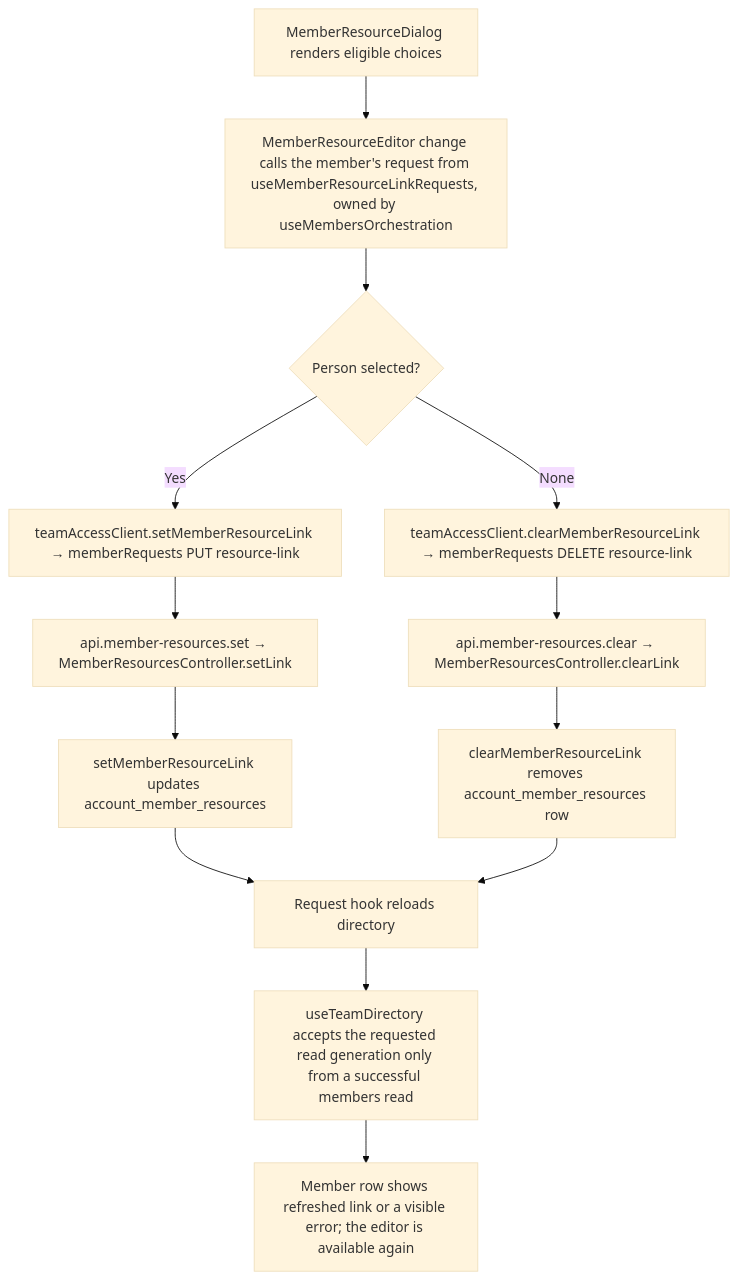
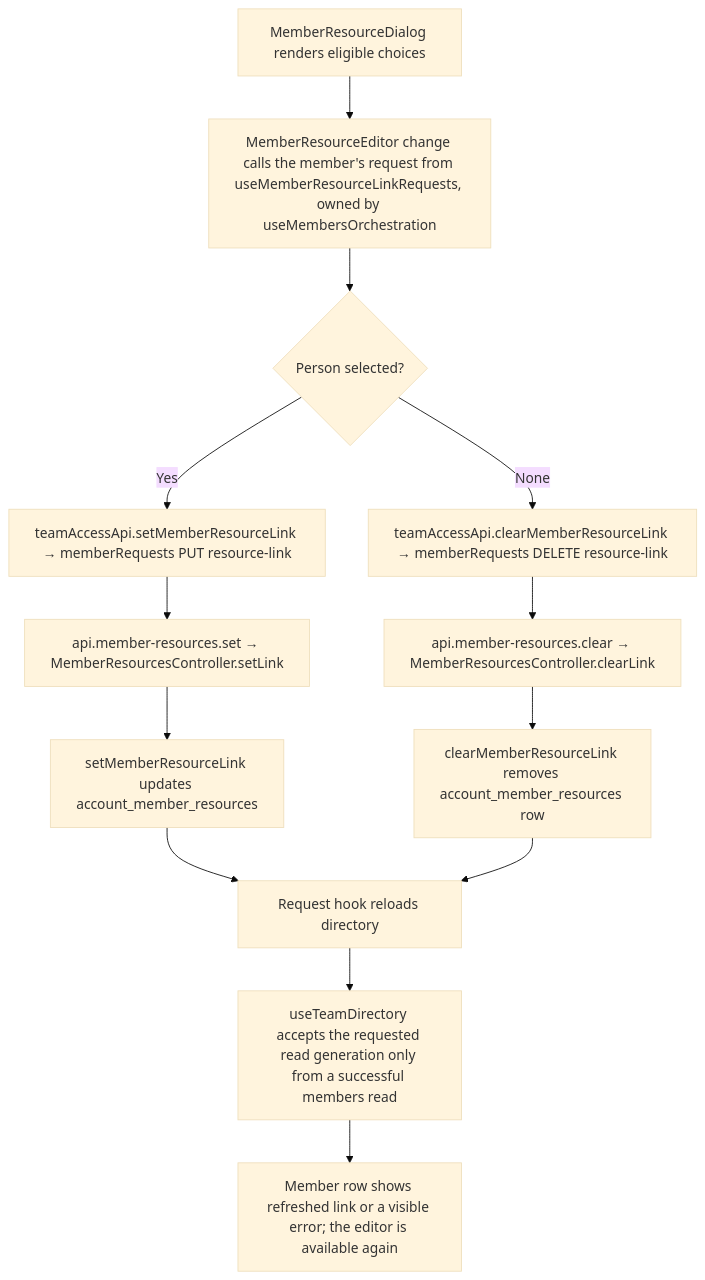
The second of 2 diagrams in user-stories/team/US-TEAM-07-link-resource.md (Kevinjohn/capacitylens), drawn with Mermaid (base theme) before and after one commit. The commit also changed other lines of this file and 79 other files, not shown here.

First line of the commit message:
Client to Api: rename the typed HTTP modules

````diff
--- a/user-stories/team/US-TEAM-07-link-resource.md
+++ b/user-stories/team/US-TEAM-07-link-resource.md
@@ -35,15 +35,15 @@
 ```mermaid
 flowchart TD
     Dialog["MemberResourceDialog renders eligible choices"] --> Select["MemberResourceEditor change calls the member's request from useMemberResourceLinkRequests, owned by useMembersOrchestration"]
     Select --> Choose{"Person selected?"}
-    Choose -->|"Yes"| SetClient["teamAccessClient.setMemberResourceLink → memberRequests PUT resource-link"]
+    Choose -->|"Yes"| SetClient["teamAccessApi.setMemberResourceLink → memberRequests PUT resource-link"]
     SetClient --> SetRoute["api.member-resources.set → MemberResourcesController.setLink"]
     SetRoute --> SetLink["setMemberResourceLink updates account_member_resources"]
-    Choose -->|"None"| ClearClient["teamAccessClient.clearMemberResourceLink → memberRequests DELETE resource-link"]
+    Choose -->|"None"| ClearClient["teamAccessApi.clearMemberResourceLink → memberRequests DELETE resource-link"]
     ClearClient --> ClearRoute["api.member-resources.clear → MemberResourcesController.clearLink"]
     ClearRoute --> ClearLink["clearMemberResourceLink removes account_member_resources row"]
     SetLink --> Reload["Request hook reloads directory"]
     ClearLink --> Reload
     Reload --> Fence["useTeamDirectory accepts the requested read generation only from a successful members read"]
     Fence --> Row["Member row shows refreshed link or a visible error; the editor is available again"]
 ```
````
